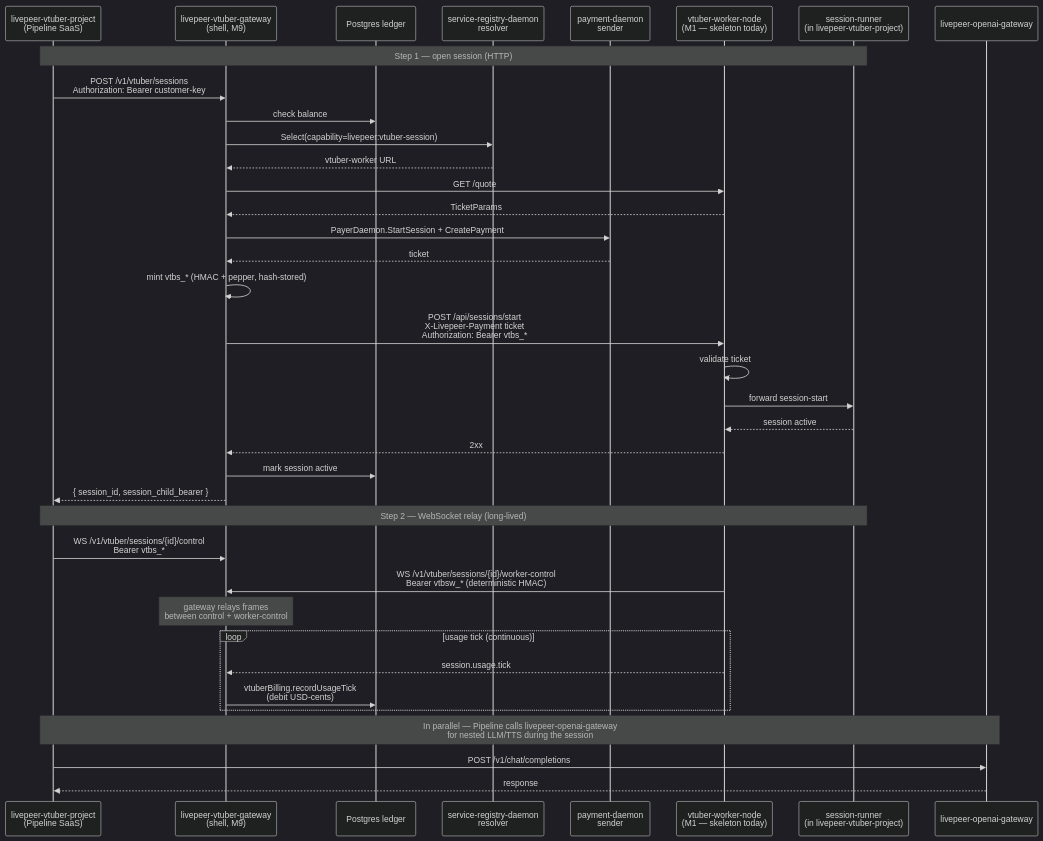
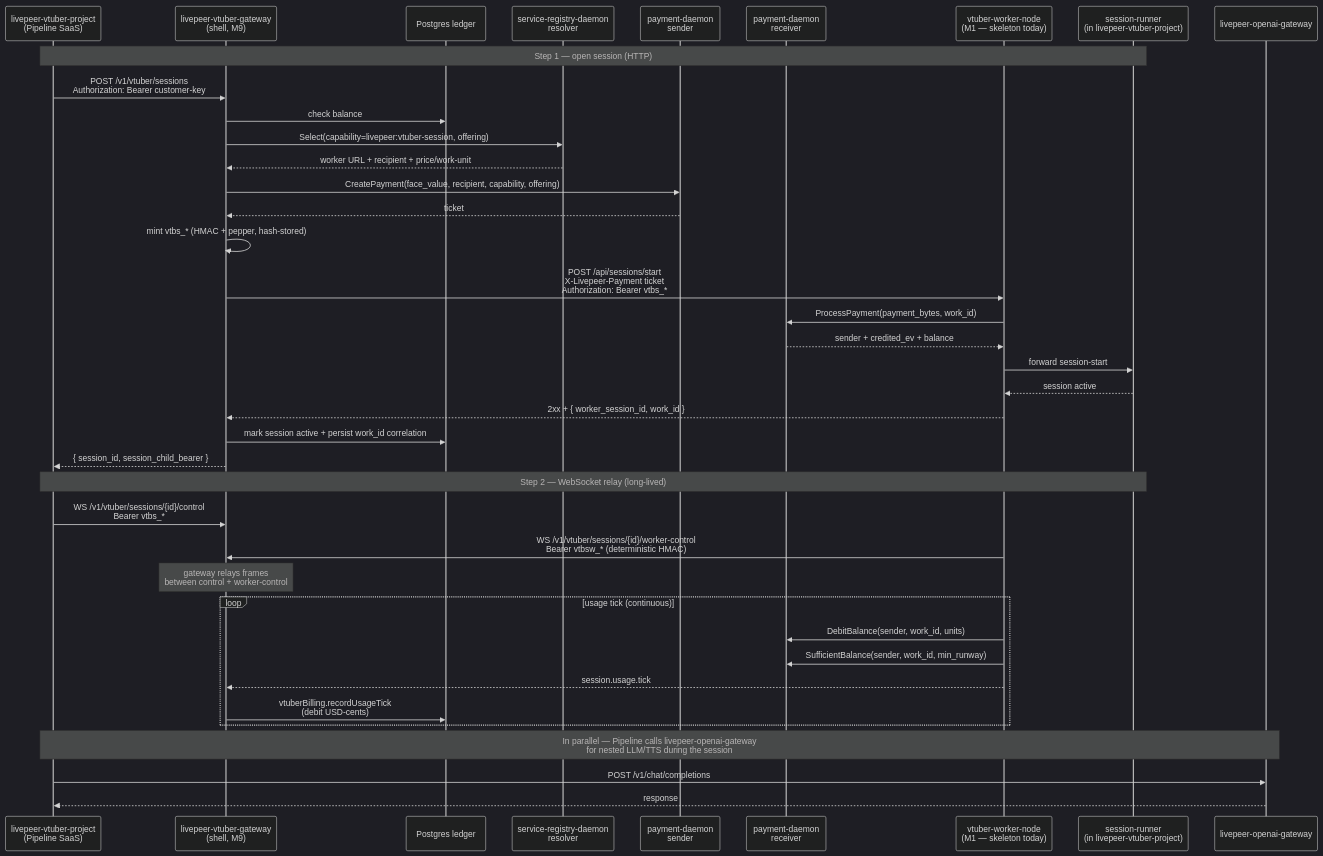
Before and after one commit to Cloud-SPE/livepeer-network-suite: the ninth of 9 diagrams in docs/design-docs/suite-architecture.md, drawn with Mermaid (dark theme). The commit also changed other lines of this file and 3 other files, not shown here.

````diff
--- a/docs/design-docs/suite-architecture.md
+++ b/docs/design-docs/suite-architecture.md
@@ -1347,43 +1354,45 @@
 ```mermaid
 sequenceDiagram
     participant Pipeline as livepeer-vtuber-project<br/>(Pipeline SaaS)
     participant VTBG as livepeer-vtuber-gateway<br/>(shell, M9)
     participant DB as Postgres ledger
     participant Resolver as service-registry-daemon<br/>resolver
     participant Sender as payment-daemon<br/>sender
+    participant Receiver as payment-daemon<br/>receiver
     participant VTBW as vtuber-worker-node<br/>(M1 — skeleton today)
     participant Runner as session-runner<br/>(in livepeer-vtuber-project)
     participant OAIG as livepeer-openai-gateway
 
     Note over Pipeline,Runner: Step 1 — open session (HTTP)
     Pipeline->>VTBG: POST /v1/vtuber/sessions<br/>Authorization: Bearer customer-key
     VTBG->>DB: check balance
-    VTBG->>Resolver: Select(capability=livepeer:vtuber-session)
-    Resolver-->>VTBG: vtuber-worker URL
-    VTBG->>VTBW: GET /quote
-    VTBW-->>VTBG: TicketParams
-    VTBG->>Sender: PayerDaemon.StartSession + CreatePayment
+    VTBG->>Resolver: Select(capability=livepeer:vtuber-session, offering)
+    Resolver-->>VTBG: worker URL + recipient + price/work-unit
+    VTBG->>Sender: CreatePayment(face_value, recipient, capability, offering)
     Sender-->>VTBG: ticket
     VTBG->>VTBG: mint vtbs_* (HMAC + pepper, hash-stored)
     VTBG->>VTBW: POST /api/sessions/start<br/>X-Livepeer-Payment ticket<br/>Authorization: Bearer vtbs_*
-    VTBW->>VTBW: validate ticket
+    VTBW->>Receiver: ProcessPayment(payment_bytes, work_id)
+    Receiver-->>VTBW: sender + credited_ev + balance
     VTBW->>Runner: forward session-start
     Runner-->>VTBW: session active
-    VTBW-->>VTBG: 2xx
-    VTBG->>DB: mark session active
+    VTBW-->>VTBG: 2xx + { worker_session_id, work_id }
+    VTBG->>DB: mark session active + persist work_id correlation
     VTBG-->>Pipeline: { session_id, session_child_bearer }
 
     Note over Pipeline,Runner: Step 2 — WebSocket relay (long-lived)
     Pipeline->>VTBG: WS /v1/vtuber/sessions/{id}/control<br/>Bearer vtbs_*
     VTBW->>VTBG: WS /v1/vtuber/sessions/{id}/worker-control<br/>Bearer vtbsw_* (deterministic HMAC)
     Note over VTBG: gateway relays frames<br/>between control + worker-control
 
     loop usage tick (continuous)
+        VTBW->>Receiver: DebitBalance(sender, work_id, units)
+        VTBW->>Receiver: SufficientBalance(sender, work_id, min_runway)
         VTBW-->>VTBG: session.usage.tick
         VTBG->>DB: vtuberBilling.recordUsageTick<br/>(debit USD-cents)
     end
 
     Note over Pipeline,OAIG: In parallel — Pipeline calls livepeer-openai-gateway<br/>for nested LLM/TTS during the session
     Pipeline->>OAIG: POST /v1/chat/completions
     OAIG-->>Pipeline: response
 ```
````
